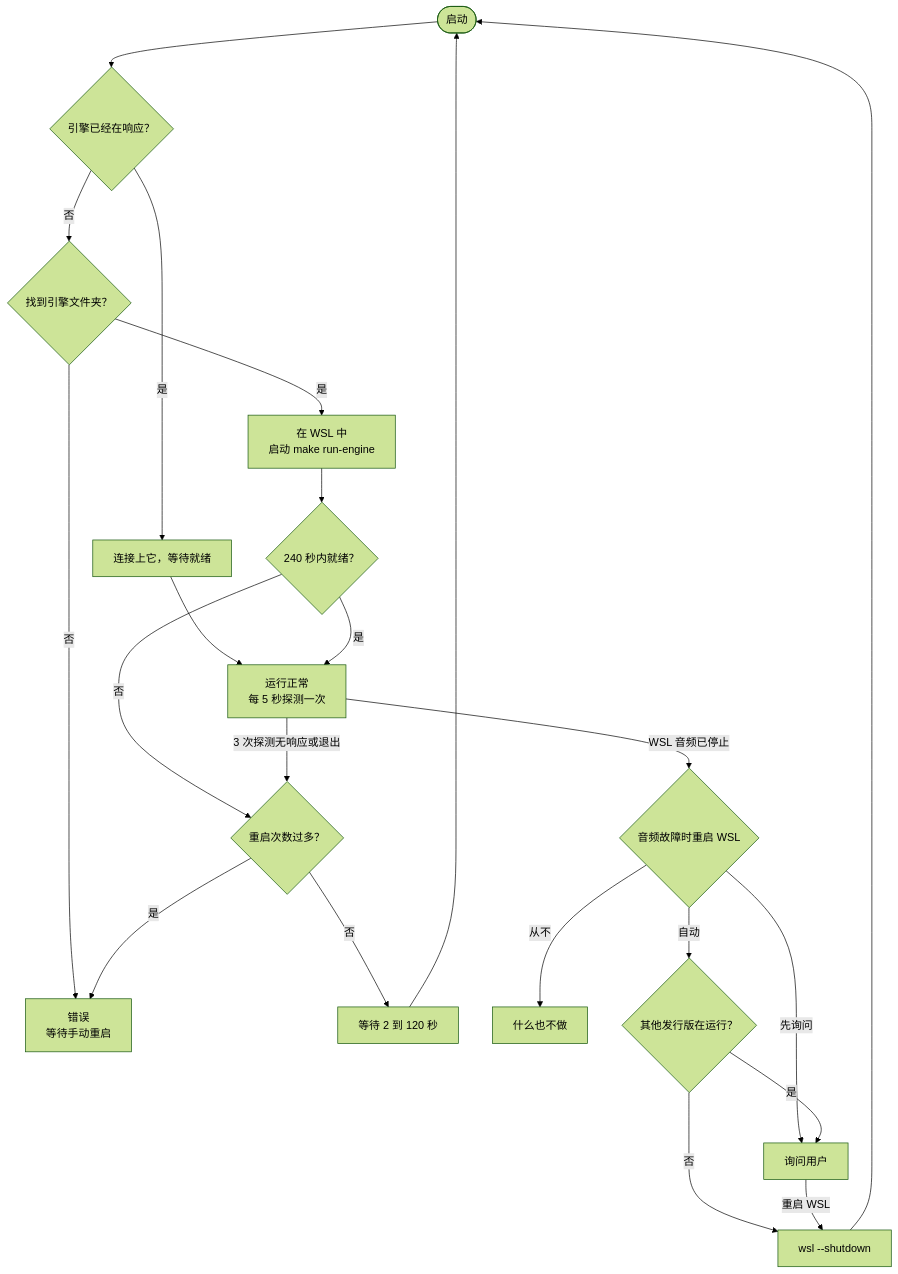
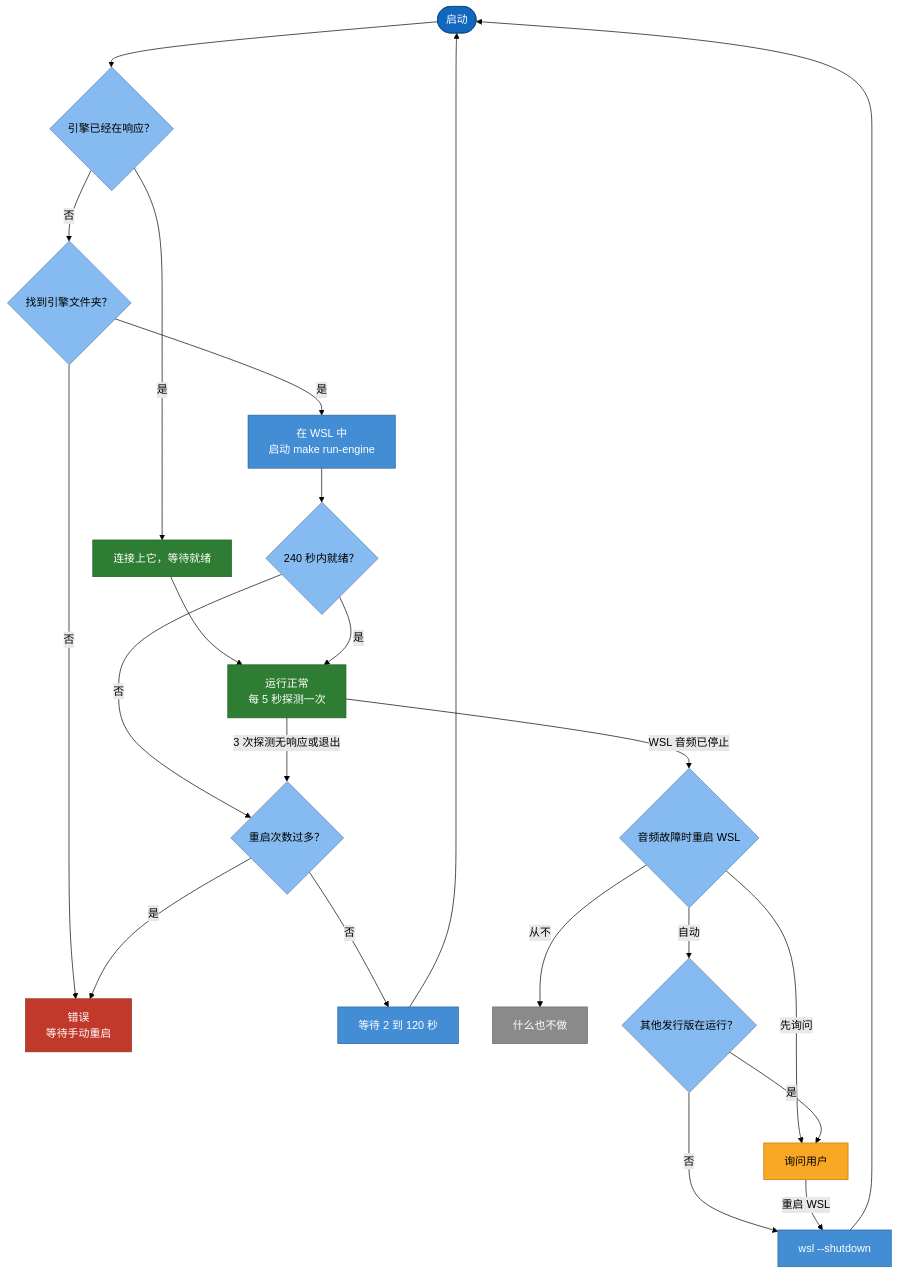
The sixth of 6 diagrams in README.zh-CN.md (nano-br/voice-mate), drawn with Mermaid (forest theme) before and after one commit. The commit also changed other lines of this file and 76 other files, not shown here.

````diff
--- a/README.zh-CN.md
+++ b/README.zh-CN.md
@@ -282,23 +440,41 @@
 ```mermaid
 flowchart TD
     launch(["启动"]) --> q_health{"引擎已经在响应？"}
     q_health -- "是" --> attach["连接上它，等待就绪"] --> healthy
     q_health -- "否" --> q_dir{"找到引擎文件夹？"}
     q_dir -- "否" --> failed["错误<br/>等待手动重启"]
     q_dir -- "是" --> spawn["在 WSL 中<br/>启动 make run-engine"]
     spawn --> q_ready{"240 秒内就绪？"}
     q_ready -- "是" --> healthy["运行正常<br/>每 5 秒探测一次"]
     q_ready -- "否" --> q_breaker
     healthy -->|"3 次探测无响应或退出"| q_breaker{"重启次数过多？"}
     q_breaker -- "否" --> backoff["等待 2 到 120 秒"]
     backoff --> launch
     q_breaker -- "是" --> failed
     healthy -->|"WSL 音频已停止"| q_policy{"音频故障时重启 WSL"}
     q_policy -- "从不" --> nothing["什么也不做"]
     q_policy -- "先询问" --> ask["询问用户"]
     q_policy -- "自动" --> q_others{"其他发行版在运行？"}
     q_others -- "是" --> ask
     q_others -- "否" --> wslrestart["wsl --shutdown"]
     ask -- "重启 WSL" --> wslrestart
     wslrestart --> launch
+
+    classDef person fill:#08427b,stroke:#052e56,color:#ffffff
+    classDef system fill:#1168bd,stroke:#0b4884,color:#ffffff
+    classDef container fill:#438dd5,stroke:#2e6295,color:#ffffff
+    classDef component fill:#85bbf0,stroke:#5d82a8,color:#000000
+    classDef store fill:#00838f,stroke:#005f66,color:#ffffff
+    classDef external fill:#8a8a8a,stroke:#6b6b6b,color:#ffffff
+    classDef optional fill:#8a8a8a,stroke:#6b6b6b,color:#ffffff,stroke-dasharray:5 5
+    classDef ok fill:#2e7d32,stroke:#1b5e20,color:#ffffff
+    classDef warn fill:#f9a825,stroke:#c17900,color:#000000
+    classDef bad fill:#c0392b,stroke:#922b21,color:#ffffff
+    class launch system
+    class q_health,q_dir,q_ready,q_breaker,q_policy,q_others component
+    class attach,healthy ok
+    class failed bad
+    class spawn,backoff,wslrestart container
+    class ask warn
+    class nothing external
 ```
````
